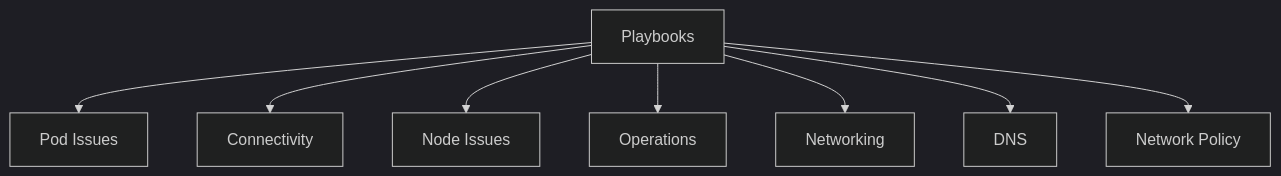
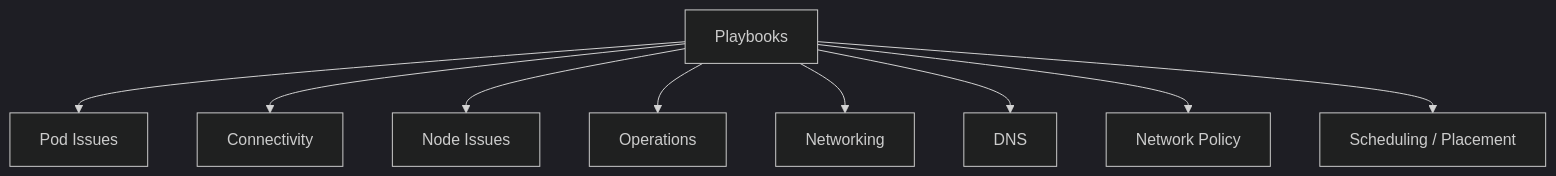
The diagram in docs/troubleshooting/playbooks/index.md (yeongseon/azure-kubernetes-service-practical-guide), drawn with Mermaid (dark theme) before and after one commit. The commit also changed other lines of this file and 9 other files, not shown here.

````diff
--- a/docs/troubleshooting/playbooks/index.md
+++ b/docs/troubleshooting/playbooks/index.md
@@ -23,10 +23,11 @@
 ```mermaid
 flowchart TD
     A[Playbooks] --> B[Pod Issues]
     A --> C[Connectivity]
     A --> D[Node Issues]
     A --> E[Operations]
     A --> F[Networking]
     A --> G[DNS]
     A --> H[Network Policy]
+    A --> I[Scheduling / Placement]
 ```
````
